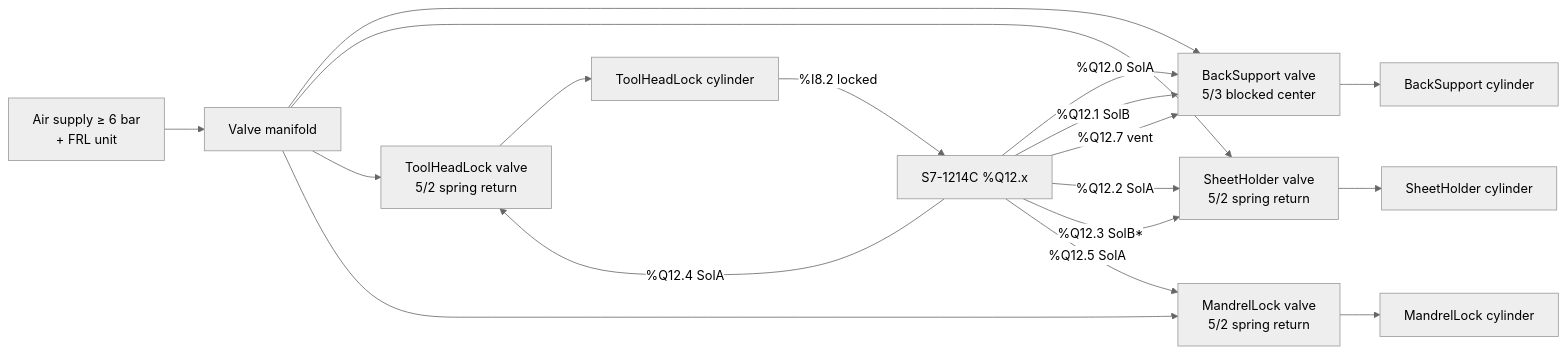
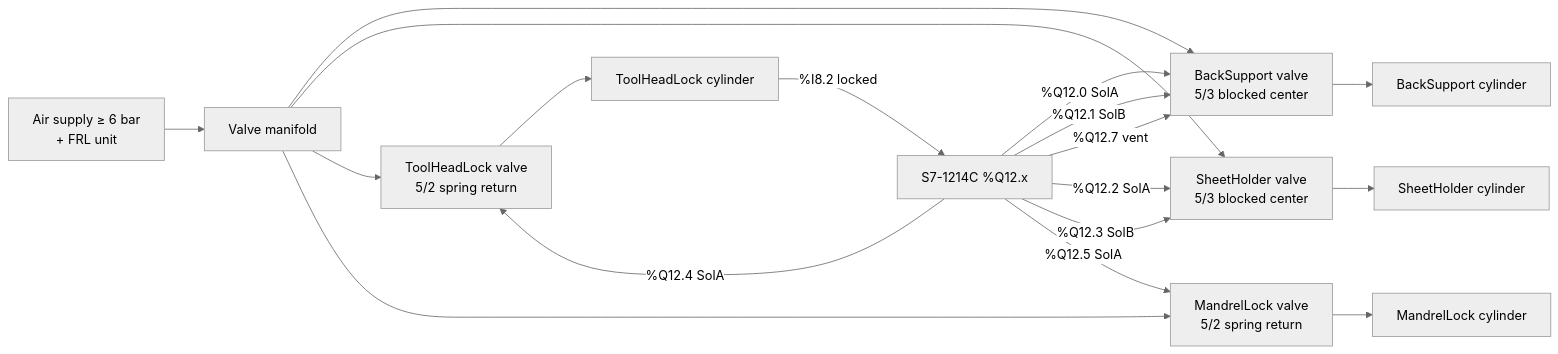
Before and after one commit to Erguu/MexicoMetalSpinning: the sixth of 6 diagrams in Program/docs/Wiring_Diagram.md, drawn with Mermaid (neutral theme). The commit also changed other lines of this file and 13 other files, not shown here.

First line of the commit message:
fix: BackSupport coil sequence + end-of-recipe retract (closes ITEM-41)

````diff
--- a/Program/docs/Wiring_Diagram.md
+++ b/Program/docs/Wiring_Diagram.md
@@ -318,25 +318,25 @@
 ```mermaid
 flowchart LR
     AIR["Air supply ≥ 6 bar<br/>+ FRL unit"] --> MAN["Valve manifold"]
 
     PLC["S7-1214C %Q12.x"] -->|%Q12.0 SolA| VBS["BackSupport valve<br/>5/3 blocked center"]
     PLC -->|%Q12.1 SolB| VBS
     PLC -->|%Q12.7 vent| VBS
     VBS --> CBS["BackSupport cylinder"]
 
-    PLC -->|%Q12.2 SolA| VSH["SheetHolder valve<br/>5/2 spring return"]
-    PLC -->|%Q12.3 SolB*| VSH
+    PLC -->|%Q12.2 SolA| VSH["SheetHolder valve<br/>5/3 blocked center"]
+    PLC -->|%Q12.3 SolB| VSH
     VSH --> CSH["SheetHolder cylinder"]
 
     PLC -->|%Q12.4 SolA| VTL["ToolHeadLock valve<br/>5/2 spring return"]
     VTL --> CTL["ToolHeadLock cylinder"]
     CTL -->|%I8.2 locked| PLC
 
     PLC -->|%Q12.5 SolA| VML["MandrelLock valve<br/>5/2 spring return"]
     VML --> CML["MandrelLock cylinder"]
 
     MAN --> VBS
     MAN --> VSH
     MAN --> VTL
     MAN --> VML
 ```
````
